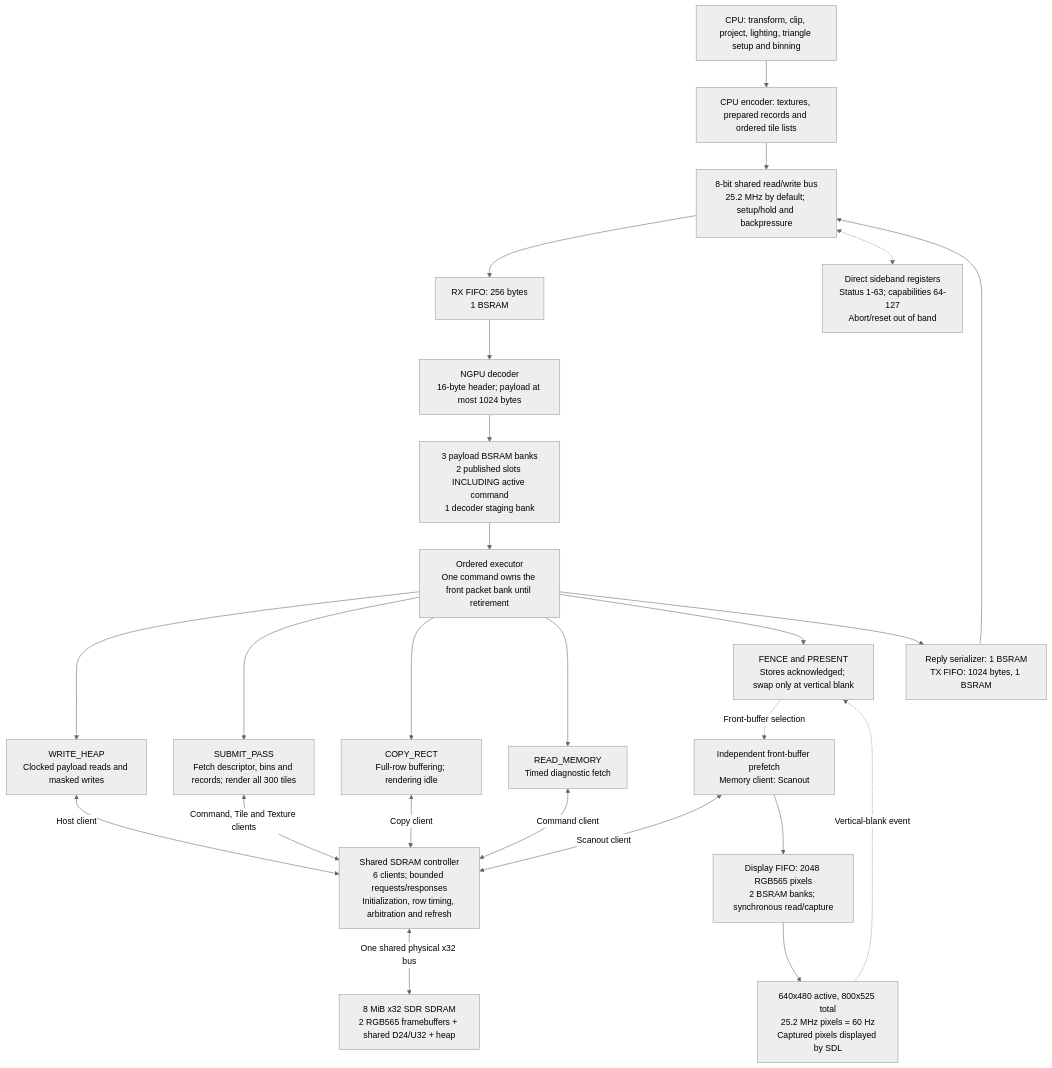
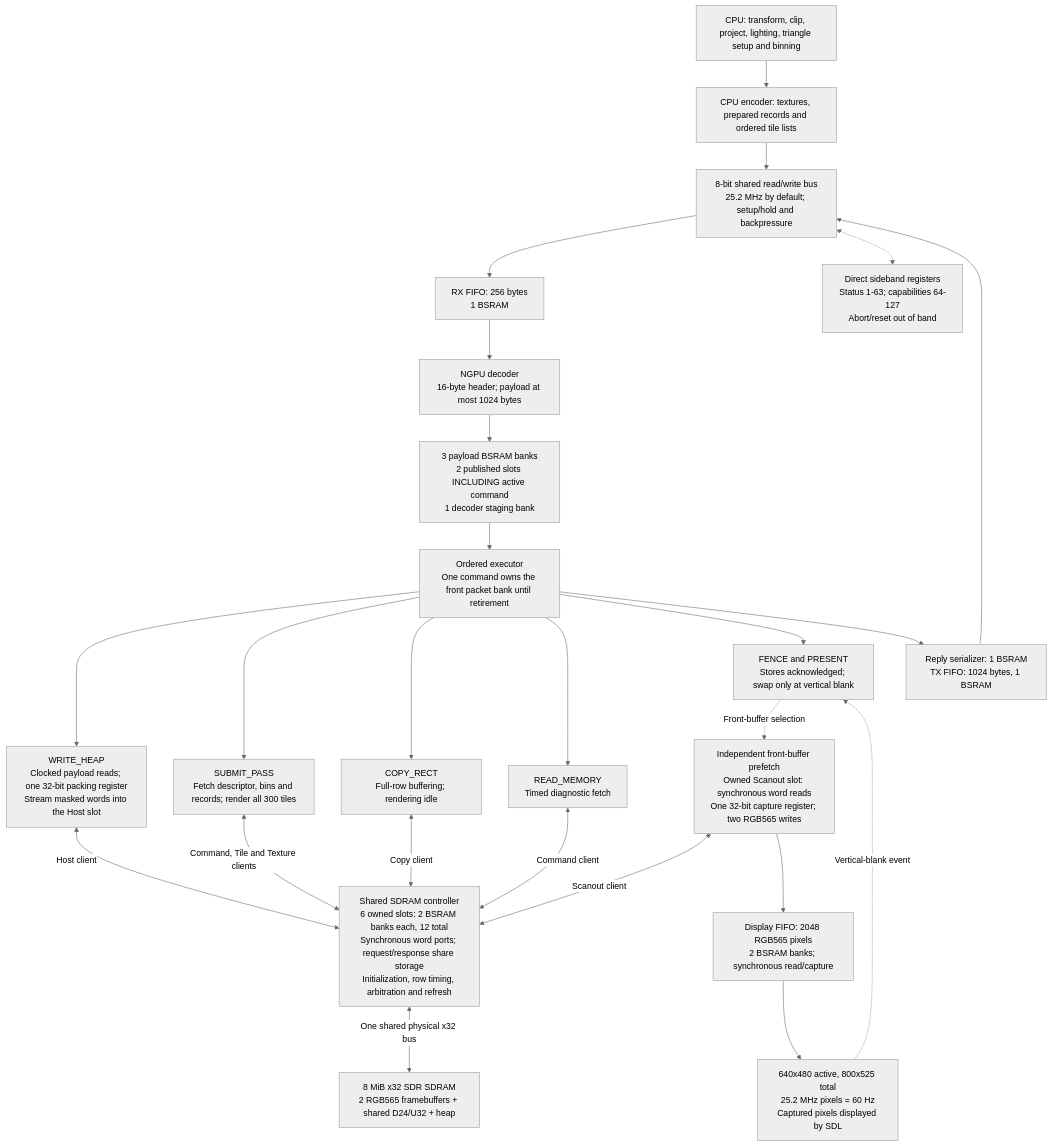
The first of 3 diagrams in docs/hardware/pipeline.md (apc53pro/Nano-20K-GPU), drawn with Mermaid (neutral theme) before and after one commit. The commit also changed other lines of this file and 40 other files, not shown here.

````diff
--- a/docs/hardware/pipeline.md
+++ b/docs/hardware/pipeline.md
@@ -19,39 +20,39 @@
 ```mermaid
 flowchart TB
     CPU["CPU: transform, clip, project, lighting, triangle setup and binning"]
     PACK["CPU encoder: textures, prepared records and ordered tile lists"]
     BUS["8-bit shared read/write bus<br/>25.2 MHz by default; setup/hold and backpressure"]
     RX["RX FIFO: 256 bytes<br/>1 BSRAM"]
     PARSE["NGPU decoder<br/>16-byte header; payload at most 1024 bytes"]
     QUEUE["3 payload BSRAM banks<br/>2 published slots INCLUDING active command<br/>1 decoder staging bank"]
     EXEC["Ordered executor<br/>One command owns the front packet bank until retirement"]
-    UP["WRITE_HEAP<br/>Clocked payload reads and masked writes"]
+    UP["WRITE_HEAP<br/>Clocked payload reads; one 32-bit packing register<br/>Stream masked words into the Host slot"]
     DRAW["SUBMIT_PASS<br/>Fetch descriptor, bins and records; render all 300 tiles"]
     COPY["COPY_RECT<br/>Full-row buffering; rendering idle"]
     READ["READ_MEMORY<br/>Timed diagnostic fetch"]
     DONE["FENCE and PRESENT<br/>Stores acknowledged; swap only at vertical blank"]
     REPLY["Reply serializer: 1 BSRAM<br/>TX FIFO: 1024 bytes, 1 BSRAM"]
     SIDE["Direct sideband registers<br/>Status 1-63; capabilities 64-127<br/>Abort/reset out of band"]
-    ARB["Shared SDRAM controller<br/>6 clients; bounded requests/responses<br/>Initialization, row timing, arbitration and refresh"]
+    ARB["Shared SDRAM controller<br/>6 owned slots: 2 BSRAM banks each, 12 total<br/>Synchronous word ports; request/response share storage<br/>Initialization, row timing, arbitration and refresh"]
     RAM["8 MiB x32 SDR SDRAM<br/>2 RGB565 framebuffers + shared D24/U32 + heap"]
-    SCAN["Independent front-buffer prefetch<br/>Memory client: Scanout"]
+    SCAN["Independent front-buffer prefetch<br/>Owned Scanout slot: synchronous word reads<br/>One 32-bit capture register; two RGB565 writes"]
     FIFO["Display FIFO: 2048 RGB565 pixels<br/>2 BSRAM banks; synchronous read/capture"]
     PIX["640x480 active, 800x525 total<br/>25.2 MHz pixels = 60 Hz<br/>Captured pixels displayed by SDL"]
     CPU --> PACK --> BUS --> RX --> PARSE --> QUEUE --> EXEC
     EXEC --> UP
     EXEC --> DRAW
     EXEC --> COPY
     EXEC --> READ
     EXEC --> DONE
     UP <-->|"Host client"| ARB
     DRAW <-->|"Command, Tile and Texture clients"| ARB
     COPY <-->|"Copy client"| ARB
     READ <-->|"Command client"| ARB
     ARB <-->|"One shared physical x32 bus"| RAM
     SCAN <-->|"Scanout client"| ARB
     SCAN --> FIFO --> PIX
     PIX -.->|"Vertical-blank event"| DONE
     DONE -.->|"Front-buffer selection"| SCAN
     EXEC --> REPLY --> BUS
     BUS <-.-> SIDE
 ```
````
